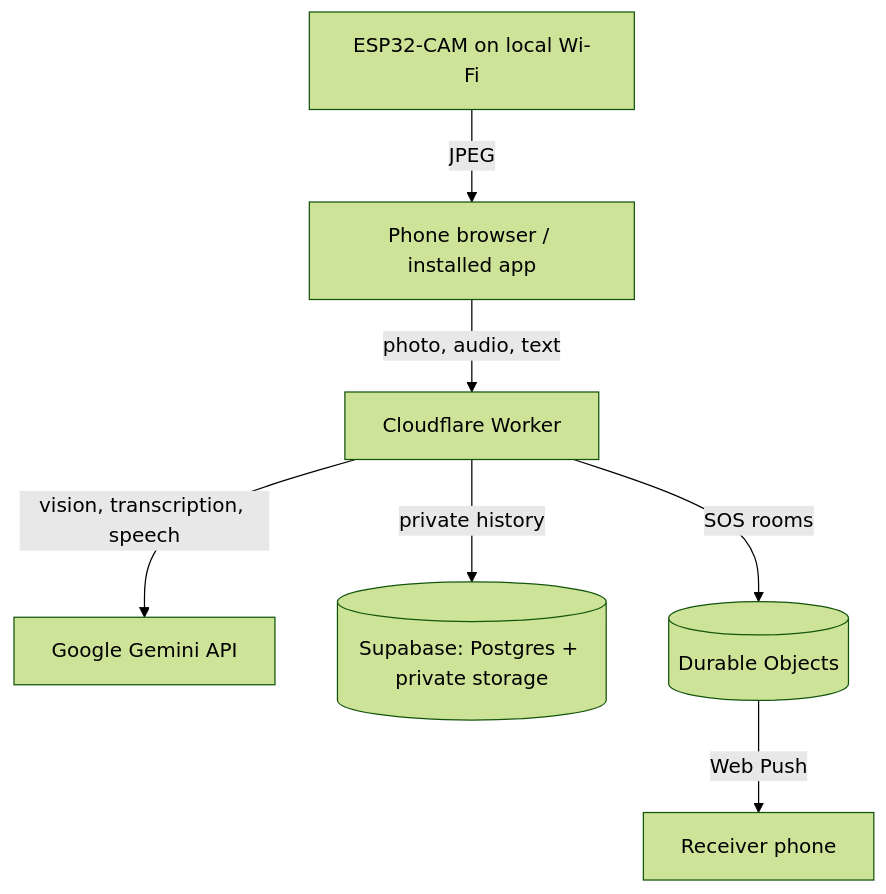
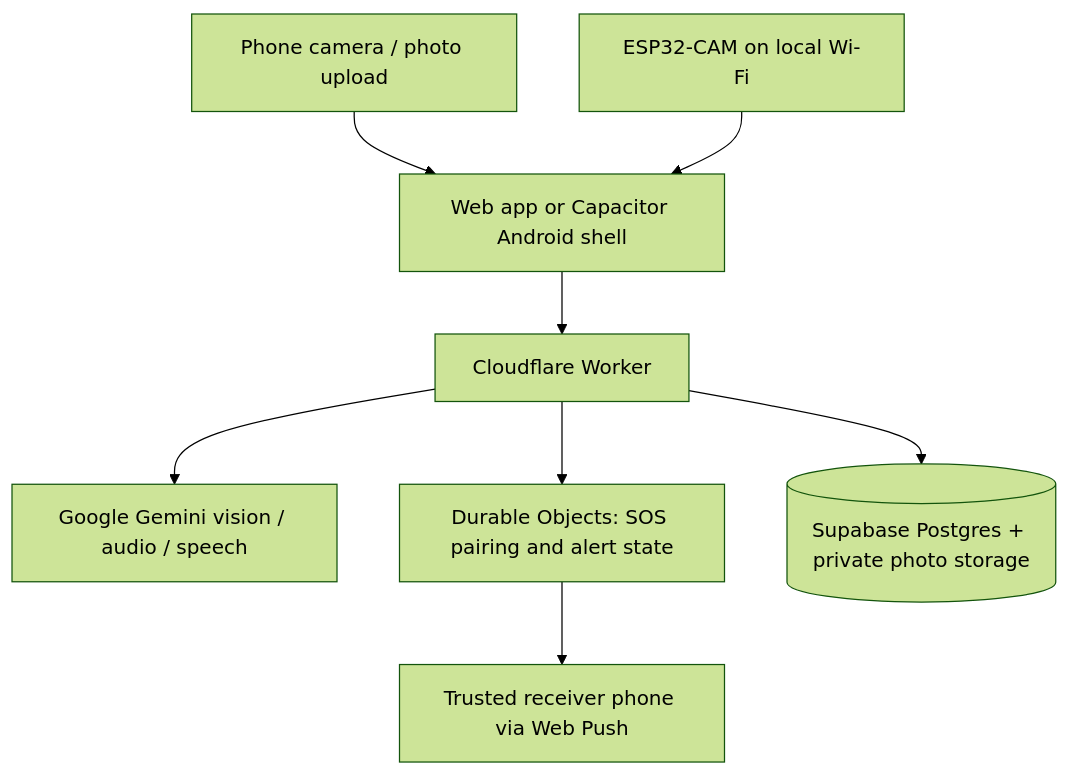
The diagram in README.md (KaranJoyKundu/Daredevil-s-Eye), drawn with Mermaid (forest theme) before and after one commit. The commit also changed other lines of this file and 11 other files, not shown here.

````diff
--- a/README.md
+++ b/README.md
@@ -55,9 +84,10 @@
 ```mermaid
 flowchart TD
-  E[ESP32-CAM on local Wi-Fi] -- JPEG --> P[Phone browser / installed app]
-  P -- photo, audio, text --> W[Cloudflare Worker]
-  W -- vision, transcription, speech --> G[Google Gemini API]
-  W -- private history --> S[(Supabase: Postgres + private storage)]
-  W -- SOS rooms --> D[(Durable Objects)]
-  D -- Web Push --> R[Receiver phone]
+  C[Phone camera / photo upload] --> UI[Web app or Capacitor Android shell]
+  E[ESP32-CAM on local Wi-Fi] --> UI
+  UI --> W[Cloudflare Worker]
+  W --> G[Google Gemini vision / audio / speech]
+  W --> D[Durable Objects: SOS pairing and alert state]
+  D --> P[Trusted receiver phone via Web Push]
+  W --> S[(Supabase Postgres + private photo storage)]
 ```
````
